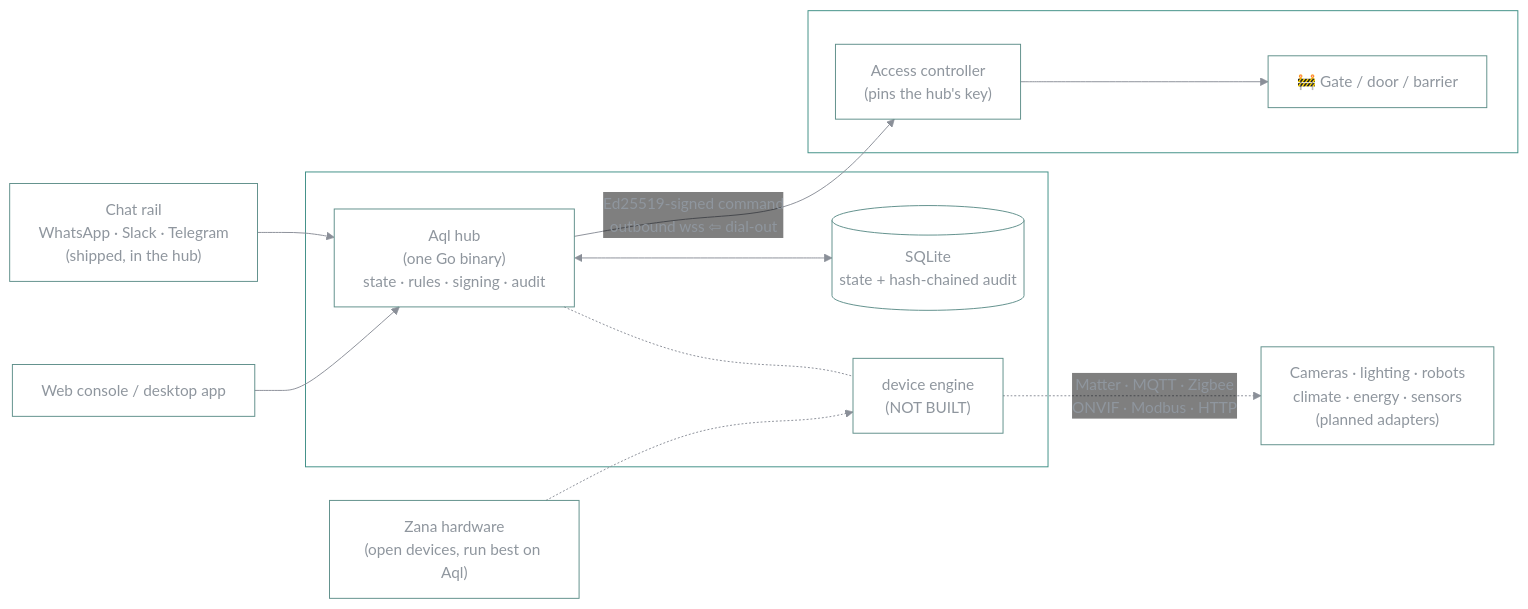
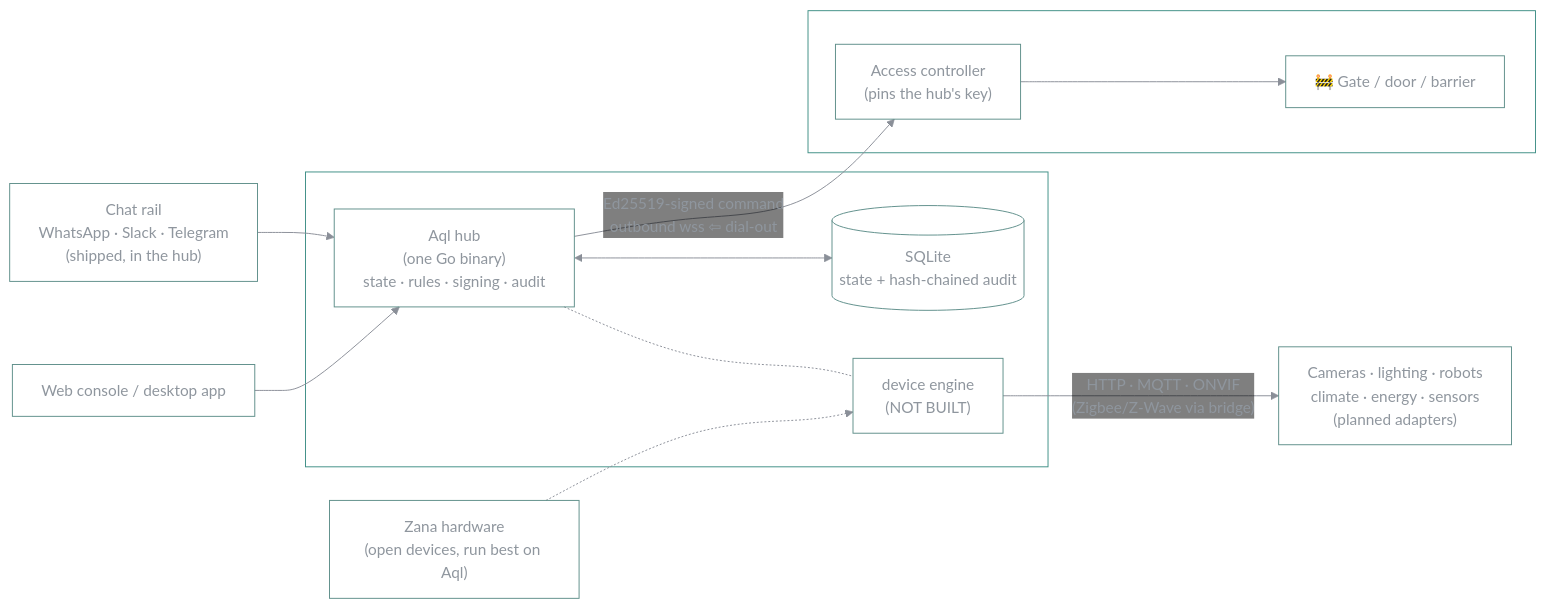
One commit to vul-os/aql changed the diagram in README.md. Above: the diagram before and after it, drawn with Mermaid. The commit also changed other lines of this file and 8 other files, not shown here.

First line of the commit message:
devices: reach Zigbee and Z-Wave, and wire MQTT into the binary

````diff
--- a/README.md
+++ b/README.md
@@ -268,25 +279,25 @@
 ```mermaid
 %%{init: {'theme':'base','themeVariables':{'fontFamily':'ui-monospace, SFMono-Regular, Menlo, monospace','primaryColor':'transparent','primaryBorderColor':'#14b8a6','primaryTextColor':'#8f969e','lineColor':'#8a8f98','nodeBorder':'#5f8f8a','edgeLabelBackground':'transparent','clusterBorder':'#3f8f86','clusterBkg':'transparent'}}}%%
 flowchart LR
     chat["Chat rail<br/>WhatsApp · Slack · Telegram<br/>(shipped, in the hub)"]
     console["Web console / desktop app"]
     subgraph box["your box"]
         hub["Aql hub<br/>(one Go binary)<br/>state · rules · signing · audit"]
         db[("SQLite<br/>state + hash-chained audit")]
         eng["device engine<br/>(NOT BUILT)"]
         hub <--> db
         hub -.- eng
     end
     subgraph edge["your devices"]
         ctl["Access controller<br/>(pins the hub's key)"]
         motor["🚧 Gate / door / barrier"]
         ctl --> motor
     end
     future["Cameras · lighting · robots<br/>climate · energy · sensors<br/>(planned adapters)"]
     chat --> hub
     console --> hub
     hub -->|"Ed25519-signed command<br/>outbound wss ⇦ dial-out"| ctl
-    eng -.->|"Matter · MQTT · Zigbee<br/>ONVIF · Modbus · HTTP"| future
+    eng -->|"HTTP · MQTT · ONVIF<br/>(Zigbee/Z-Wave via bridge)"| future
     zana["Zana hardware<br/>(open devices, run best on Aql)"]
     zana -.-> eng
 ```
````
